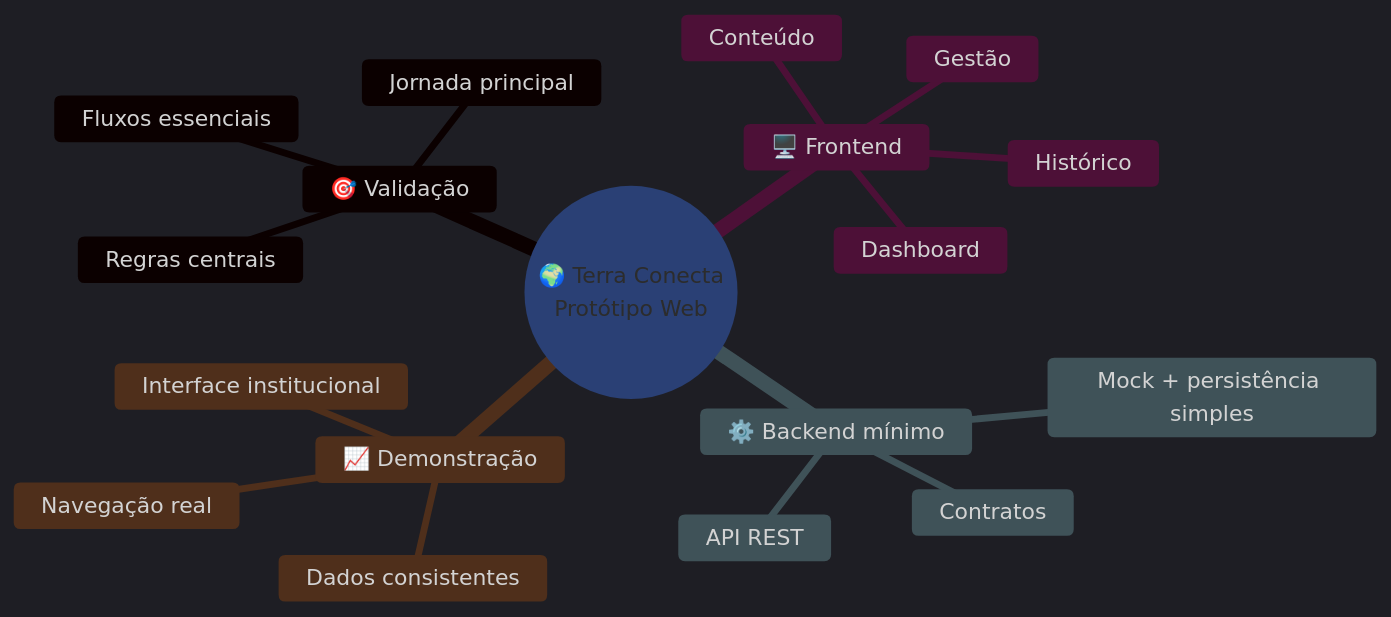
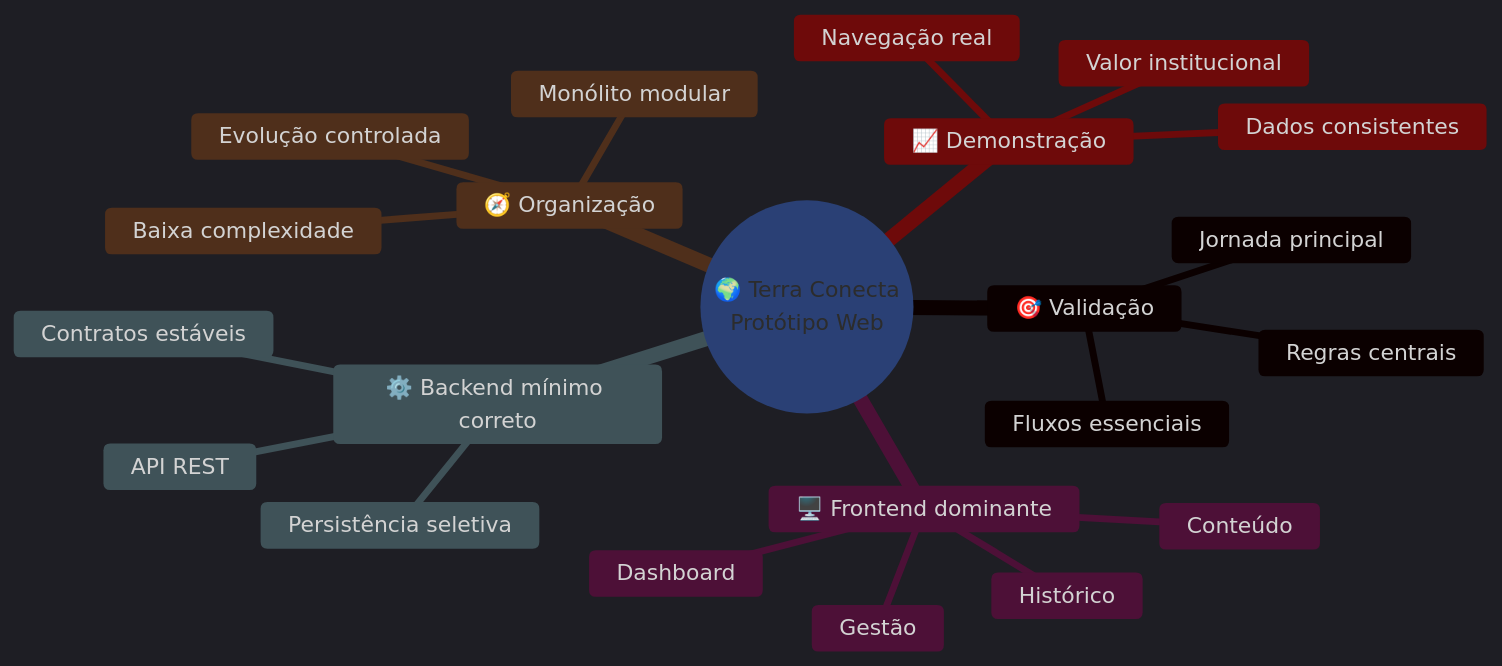
The first of 12 diagrams in Terra Conecta — Proposta Institucional, Comercial e Técnica.md (NickDevHolz/Terra-Conecta), drawn with Mermaid before and after one commit. The commit also changed other lines of this file, not shown here.

Commit message:
Update Terra Conecta — Proposta Institucional, Comercial e Técnica.md

````diff
--- a/Terra Conecta — Proposta Institucional, Comercial e Técnica.md
+++ b/Terra Conecta — Proposta Institucional, Comercial e Técnica.md
@@ -84,34 +90,45 @@
 ```mermaid
 %%{init: {
 'theme':'dark',
 'themeVariables':{
 'background':'#020617',
+'mainBkg':'#020617',
+'secondBkg':'#0f172a',
+'tertiaryColor':'#111827',
 'primaryColor':'#22d3ee',
 'primaryTextColor':'#f8fafc',
 'primaryBorderColor':'#39ff14',
-'lineColor':'#a855f7',
 'secondaryColor':'#0f172a',
 'secondaryTextColor':'#e2e8f0',
-'tertiaryColor':'#111827',
-'tertiaryTextColor':'#f8fafc'
+'secondaryBorderColor':'#a855f7',
+'lineColor':'#22d3ee',
+'textColor':'#f8fafc',
+'nodeBorder':'#39ff14',
+'clusterBkg':'#020617',
+'clusterBorder':'#a855f7',
+'defaultLinkColor':'#22d3ee'
 }}}%%
 mindmap
 root((🌍 Terra Conecta<br/>Protótipo Web))
   🎯 Validação
     Jornada principal
     Fluxos essenciais
     Regras centrais
-  🖥️ Frontend
+  🖥️ Frontend dominante
     Dashboard
     Gestão
     Conteúdo
     Histórico
-  ⚙️ Backend mínimo
+  ⚙️ Backend mínimo correto
     API REST
-    Contratos
-    Mock + persistência simples
+    Contratos estáveis
+    Persistência seletiva
+  🧭 Organização
+    Monólito modular
+    Baixa complexidade
+    Evolução controlada
   📈 Demonstração
     Navegação real
     Dados consistentes
-    Interface institucional
+    Valor institucional
 ```
````
